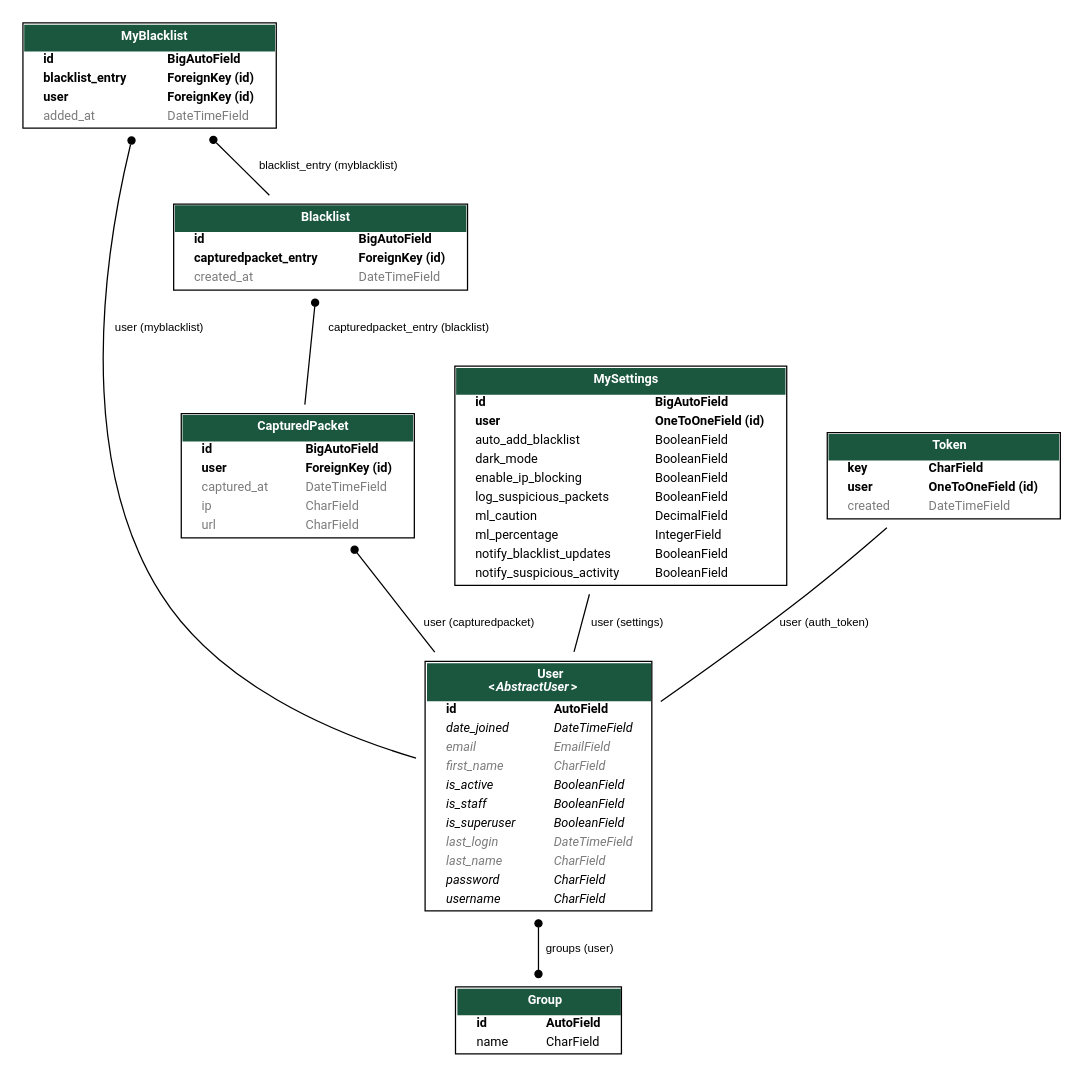
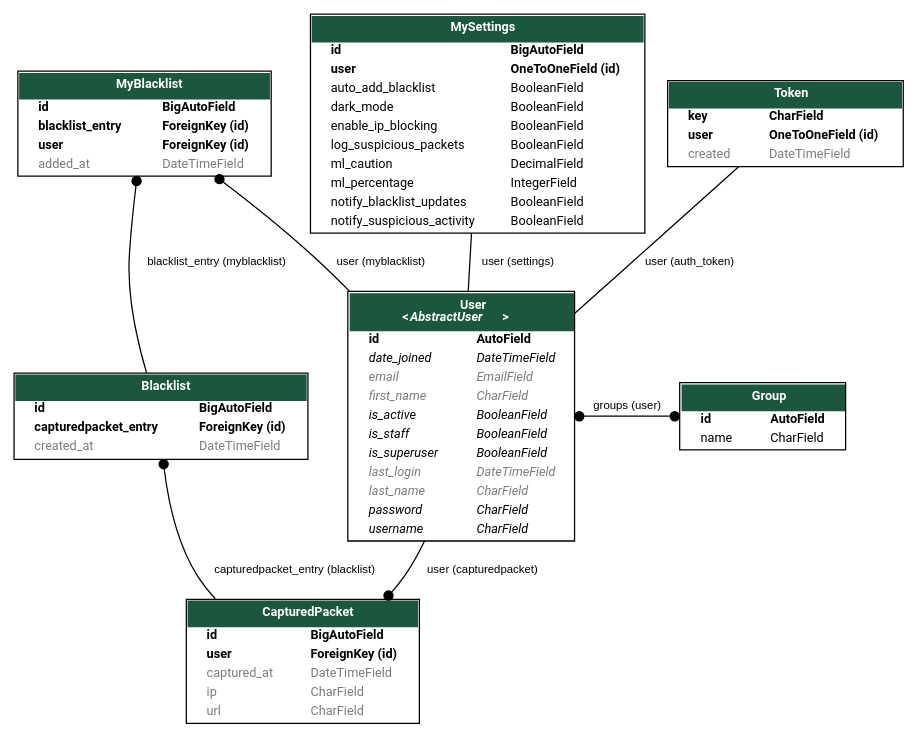
The diagram in central_server/Newest_dot_dot_file_mag.dot (Gustav2/NetSparrow), drawn with Graphviz before and after one commit.

```diff
--- a/central_server/Newest_dot_dot_file_mag.dot
+++ b/central_server/Newest_dot_dot_file_mag.dot
@@ -1,5 +1,5 @@
 digraph model_graph {
-  fontname = "Helvetica";
+  fntname = "Helvetica";
   fontsize = 10;
   splines = true;
   rankdir = "TB"; // Vertical layout to reduce footprint
@@ -8,13 +8,13 @@
     fontname = "Helvetica"
     fontsize = 10
     shape = "plaintext"
-    margin = 0.1 // Reduced margin for compact nodes
+    margin = 0 // Reduced margin for compact nodes
   ]
 
   edge [
     fontname = "Helvetica"
     fontsize = 9
-    arrowsize = 0.7 // Smaller arrows for compact edges
+    arrowsize = 0.9 // Smaller arrows for compact edges
   ]
 
   // Labels
@@ -49,7 +49,7 @@
     <TABLE BGCOLOR="white" BORDER="1" CELLBORDER="0" CELLSPACING="0">
     <TR><TD COLSPAN="2" CELLPADDING="5" ALIGN="CENTER" BGCOLOR="#1b563f">
     <FONT FACE="Roboto" COLOR="white" POINT-SIZE="10"><B>
-    User<BR/>&lt;<FONT FACE="Roboto"><I>AbstractUser</I></FONT>&gt;
+    User<BR/>&lt;<FONT FACE="Roboto"><I>AbstractUser      </I></FONT>&gt;
     </B></FONT></TD></TR>
   
   
@@ -289,7 +289,7 @@
     <TR><TD ALIGN="LEFT" BORDER="0">
     <FONT FACE="Roboto"><B>user</B></FONT>
     </TD><TD ALIGN="LEFT">
-    <FONT FACE="Roboto"><B>OneToOneField (id)</B></FONT>
+    <FONT FACE="Roboto"><B>OneToOneField (id) </B></FONT>
     </TD></TR>
   
   
@@ -382,7 +382,7 @@
     <TR><TD ALIGN="LEFT" BORDER="0">
     <FONT FACE="Roboto"><B>user</B></FONT>
     </TD><TD ALIGN="LEFT">
-    <FONT FACE="Roboto"><B>OneToOneField (id)</B></FONT>
+    <FONT FACE="Roboto"><B>OneToOneField (id) </B></FONT>
     </TD></TR>
   
   
@@ -396,27 +396,29 @@
   
     </TABLE>
     >]
+    {rank=same django_contrib_auth_models_User website_models_Blacklist}
+    {rank=same django_contrib_auth_models_User django_contrib_auth_models_Group}
 
   // Relations
   django_contrib_auth_models_User -> django_contrib_auth_models_Group
   [label=" groups (user)"] [arrowhead=dot arrowtail=dot, dir=both];
 
   website_models_Blacklist -> website_models_CapturedPacket
-  [label=" capturedpacket_entry (blacklist)"] [arrowhead=none, arrowtail=dot, dir=both];
+  [label=" capturedpacket_entry (blacklist)    "] [arrowhead=none, arrowtail=dot, dir=both];
 
   website_models_MyBlacklist -> django_contrib_auth_models_User
   [label=" user (myblacklist)"] [arrowhead=none, arrowtail=dot, dir=both];
 
   website_models_MyBlacklist -> website_models_Blacklist
-  [label=" blacklist_entry (myblacklist)"] [arrowhead=none, arrowtail=dot, dir=both];
+  [label="  blacklist_entry (myblacklist)    "] [arrowhead=none, arrowtail=dot, dir=both];
 
   website_models_CapturedPacket -> django_contrib_auth_models_User
-  [label=" user (capturedpacket)"] [arrowhead=none, arrowtail=dot, dir=both];
+  [label="  user (capturedpacket)"] [arrowhead=none, arrowtail=dot, dir=both];
 
   website_models_MySettings -> django_contrib_auth_models_User
-  [label=" user (settings)"] [arrowhead=none, arrowtail=none, dir=both];
+  [label="  user (settings)"] [arrowhead=none, arrowtail=none, dir=both];
 
   rest_framework_authtoken_models_Token -> django_contrib_auth_models_User
-  [label=" user (auth_token)"] [arrowhead=none, arrowtail=none, dir=both];
+  [label="  user (auth_token)"] [arrowhead=none, arrowtail=none, dir=both];
 
 }
```
